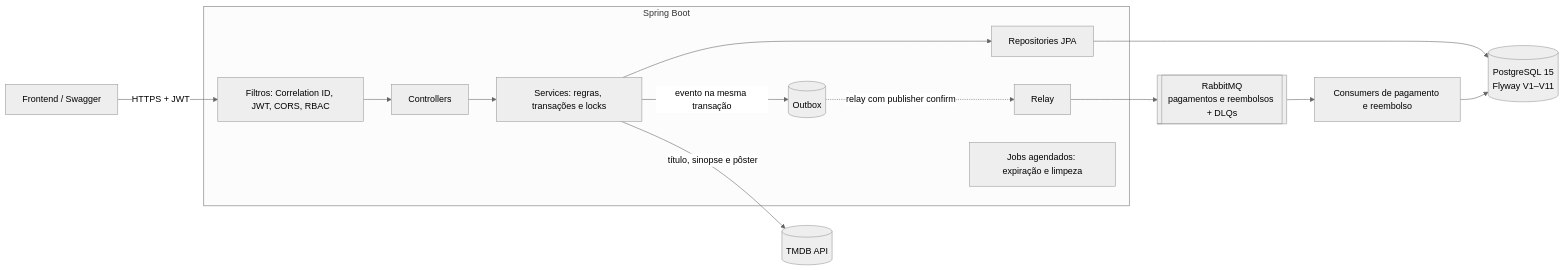
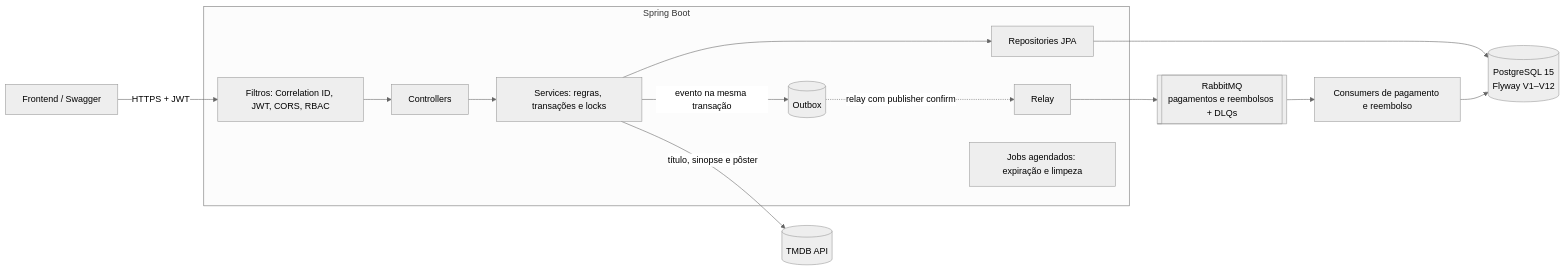
Before and after one commit to marcelofelixdev/cine-ticket-backend: the first of 2 diagrams in README.md, drawn with Mermaid (neutral theme). The commit also changed other lines of this file and 21 other files, not shown here.

````diff
--- a/README.md
+++ b/README.md
@@ -44,19 +44,19 @@
 ```mermaid
 flowchart LR
     FE[Frontend / Swagger] -->|HTTPS + JWT| F
 
     subgraph API[Spring Boot]
         F[Filtros: Correlation ID, JWT, CORS, RBAC] --> C[Controllers]
         C --> S[Services: regras, transações e locks]
         S --> R[Repositories JPA]
         S -->|evento na mesma transação| OB[(Outbox)]
         OB -.->|relay com publisher confirm| P[Relay]
         J[Jobs agendados: expiração e limpeza]
     end
 
-    R --> DB[(PostgreSQL 15<br/>Flyway V1–V11)]
+    R --> DB[(PostgreSQL 15<br/>Flyway V1–V12)]
     P --> MQ[[RabbitMQ<br/>pagamentos e reembolsos + DLQs]]
     MQ --> CO[Consumers de pagamento e reembolso]
     CO --> DB
     S -->|título, sinopse e pôster| TMDB[(TMDB API)]
 ```
````
